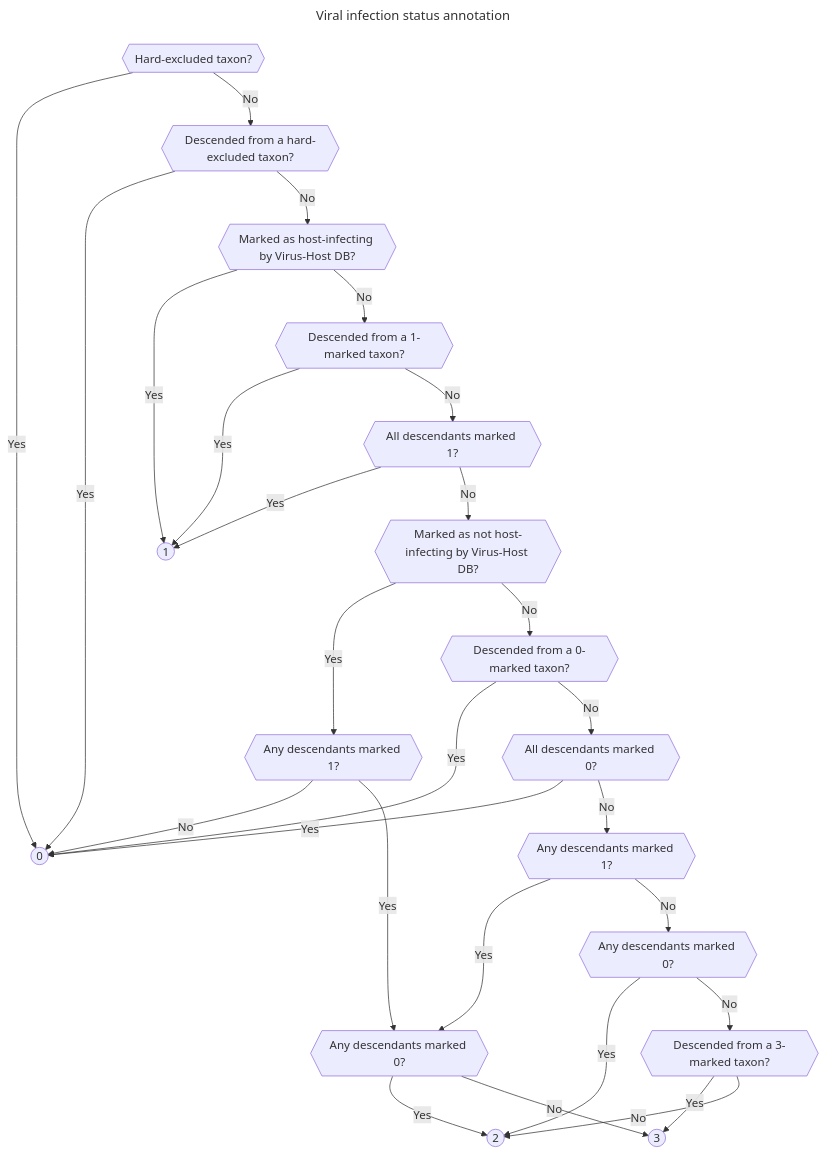
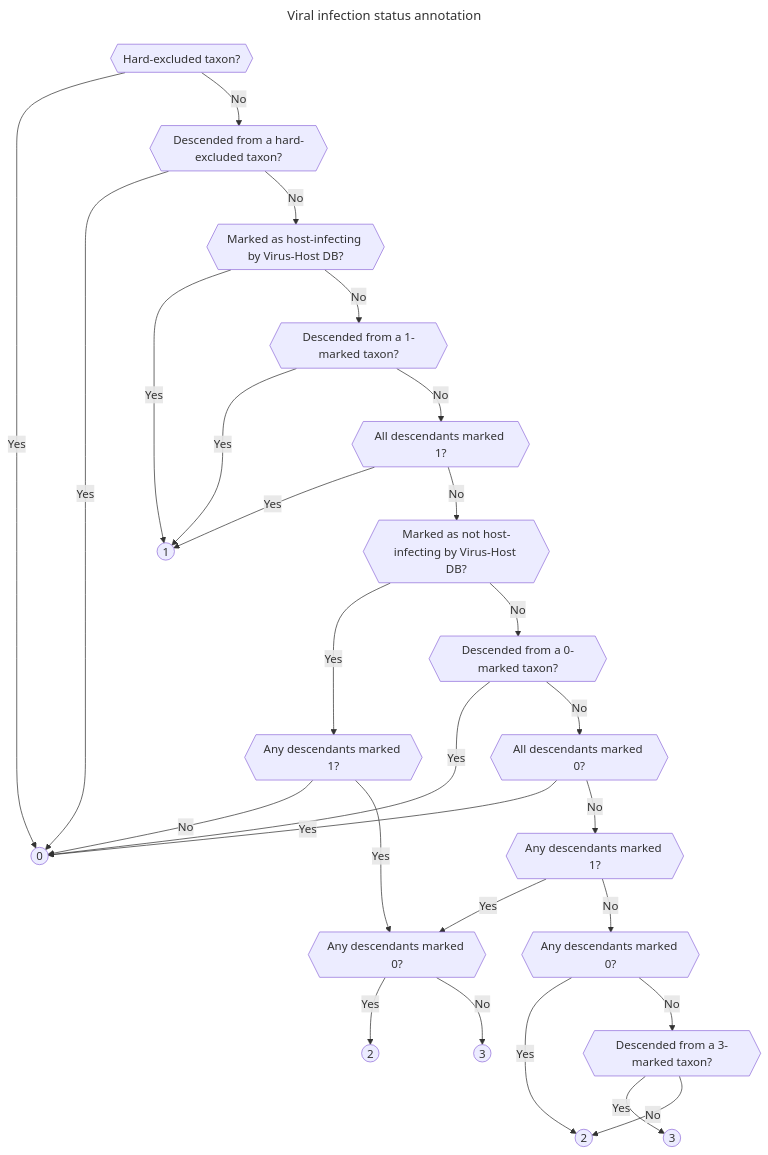
One commit to naobservatory/mgs-workflow changed the diagram in docs/annotation.md. Above: the diagram before and after it, drawn with Mermaid. The commit also changed other lines of this file, not shown here.

Commit message:
More work on docs

````diff
--- a/docs/annotation.md
+++ b/docs/annotation.md
@@ -12,34 +12,34 @@
 ```mermaid
 ---
 title: Viral infection status annotation
 config:
     layout: "auto"
 ---
 flowchart TD
 A{{Hard-excluded taxon?}} -->|Yes| B((0))
 A --> |No| C{{Descended from a hard-excluded taxon?}}
 C -->|Yes| B
 C -->|No| D{{Marked as host-infecting by Virus-Host DB?}}
 D -->|Yes| E((1))
 D -->|No| F{{Descended from a 1-marked taxon?}}
 F -->|Yes| E
 F -->|No| G{{All descendants marked 1?}}
 G -->|Yes| E
 G -->|No| H{{Marked as not host-infecting by Virus-Host DB?}}
 H -->|Yes| I{{Any descendants marked 1?}}
 I -->|No| B
 H -->|No| J{{Descended from a 0-marked taxon?}}
 J -->|Yes| B
 J -->|No| K{{All descendants marked 0?}}
 K -->|Yes| B
 K -->|No| L{{Any descendants marked 1?}}
 L -->|Yes| M{{Any descendants marked 0?}}
 I -->|Yes| M
 M -->|Yes| N((2))
 M -->|No| O((3))
 L -->|No| P{{Any descendants marked 0?}}
-P -->|Yes| N
-P -->|No| Q{{Descended from a 3-marked taxon?}}
-Q -->|Yes| O
-Q -->|No| N
+P -->|Yes| Q((2))
+P -->|No| R{{Descended from a 3-marked taxon?}}
+R -->|Yes| S((3))
+R -->|No| Q
 ```
````
